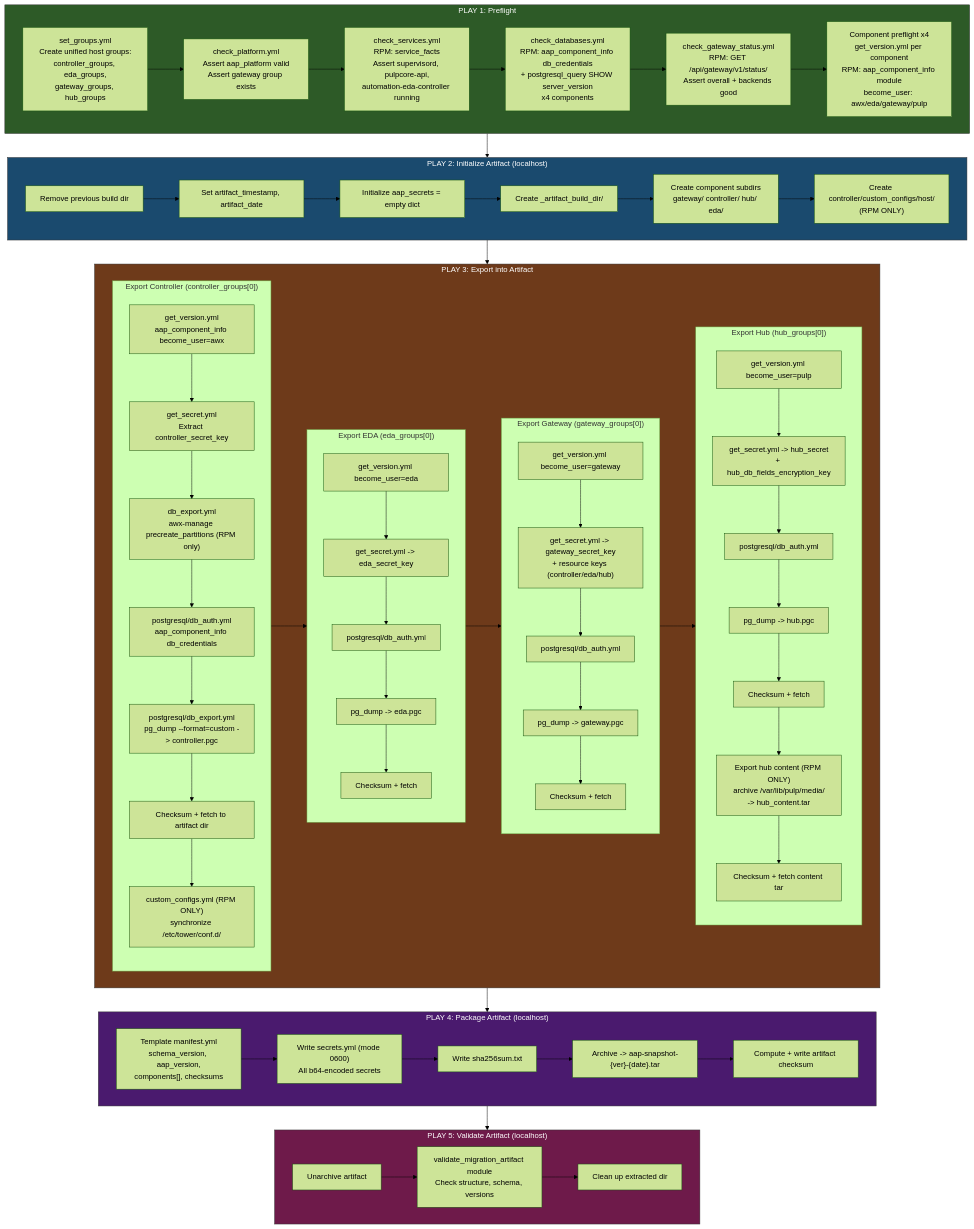
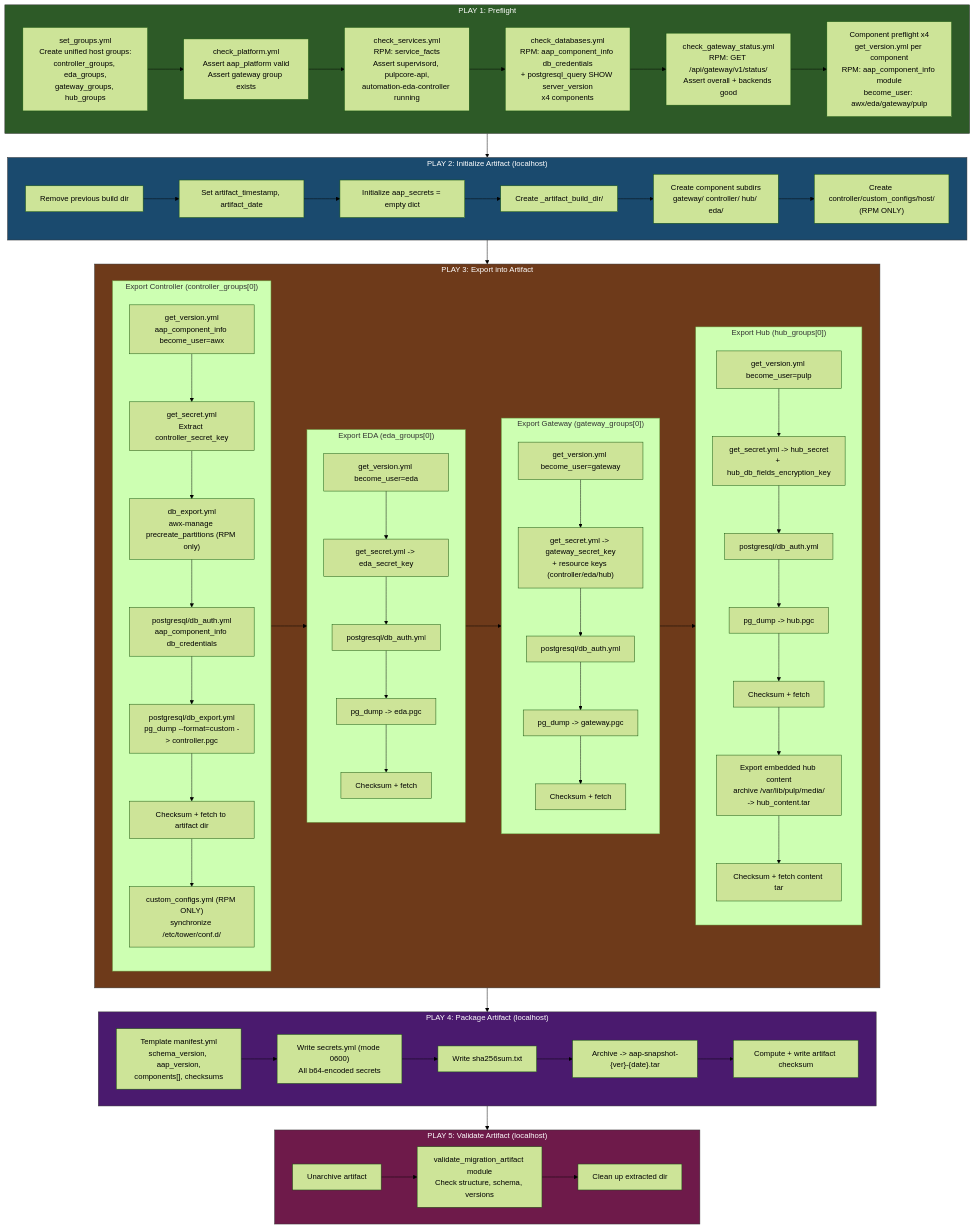
One commit to ansible-collections/aap-snapshot-collection changed the first of 2 diagrams in docs/flow-diagrams.md. Above: the diagram before and after it, drawn with Mermaid (forest theme). The commit also changed other lines of this file and 20 other files, not shown here.

First line of the commit message:
feat: support S3-backed Hub content import on OCP

```diff
--- a/docs/flow-diagrams.md
+++ b/docs/flow-diagrams.md
@@ -65,7 +65,7 @@
             F3[postgresql/db_auth.yml]
             F4["pg_dump -> hub.pgc"]
             F5[Checksum + fetch]
-            F6["Export hub content (RPM ONLY)<br/>archive /var/lib/pulp/media/<br/>-> hub_content.tar"]
+            F6["Export embedded hub content<br/>archive /var/lib/pulp/media/<br/>-> hub_content.tar"]
             F7[Checksum + fetch content tar]
 
             F1 --> F2 --> F3 --> F4 --> F5 --> F6 --> F7
```
